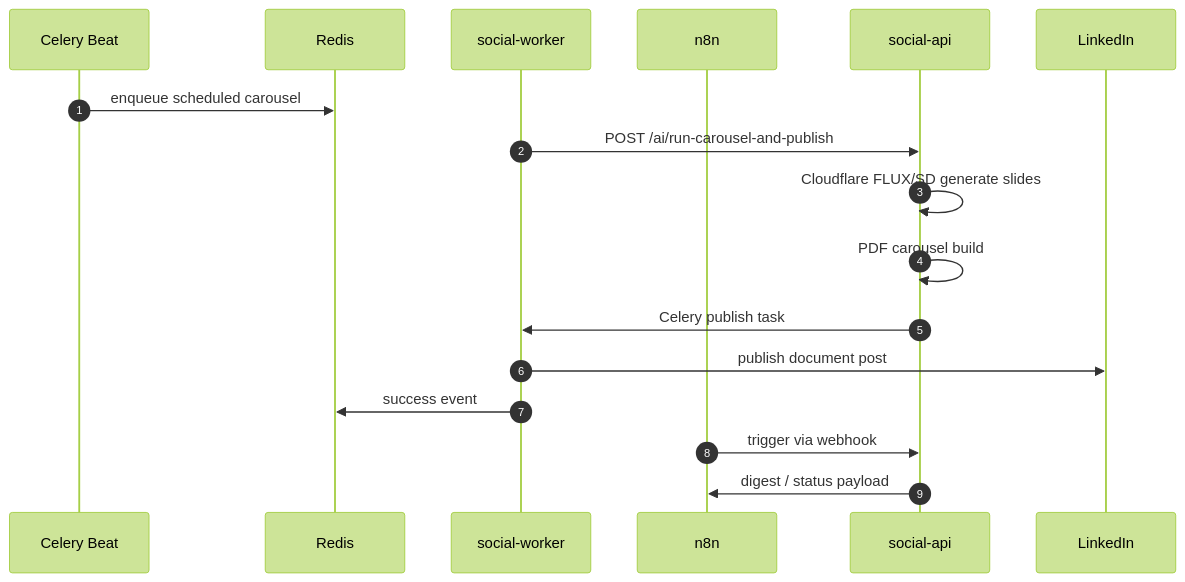
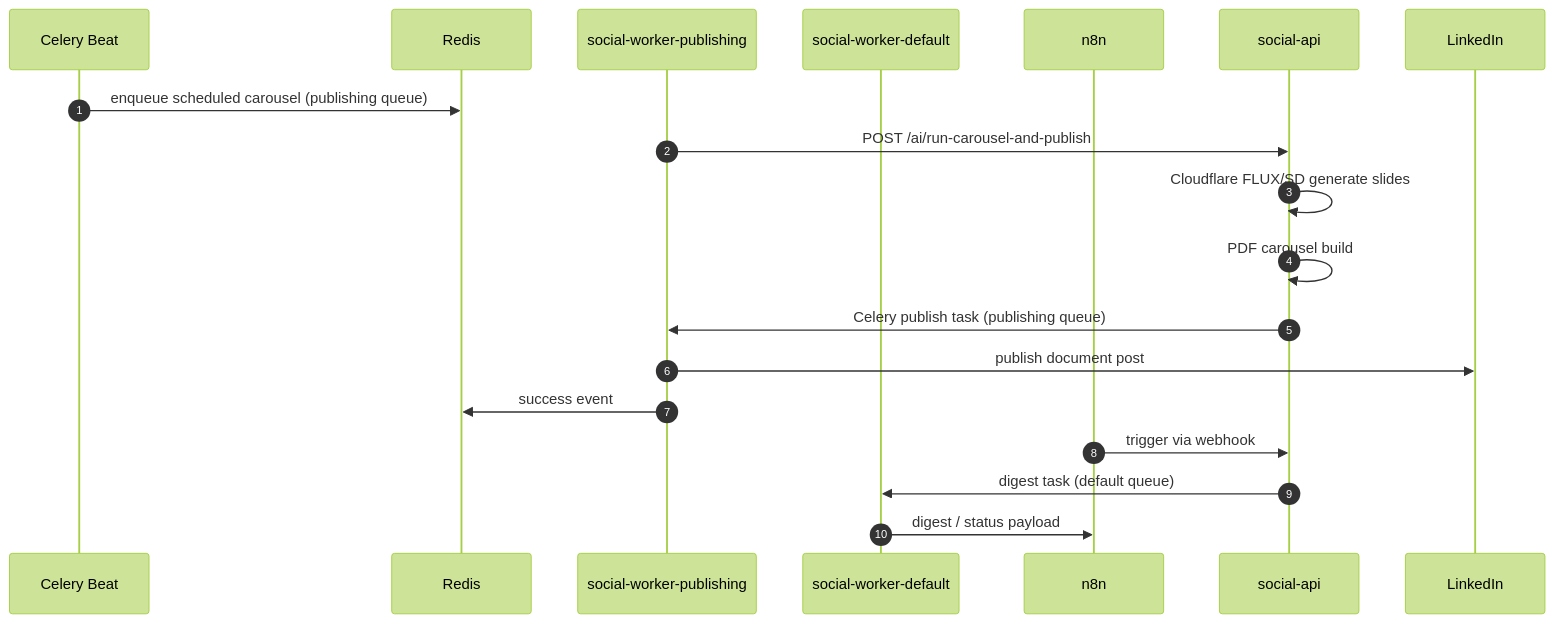
The ninth of 16 diagrams in docs/superpowers/plans/plan-e6a92ed66b9dca4a.md (Themis128/cu130-slim), drawn with Mermaid (forest theme) before and after one commit. The commit also changed other lines of this file and 4 other files, not shown here.

````diff
--- a/docs/superpowers/plans/plan-e6a92ed66b9dca4a.md
+++ b/docs/superpowers/plans/plan-e6a92ed66b9dca4a.md
@@ -382,20 +382,22 @@
 ```mermaid
 sequenceDiagram
     autonumber
     participant Beat as Celery Beat
     participant Redis
-    participant Worker as social-worker
+    participant WPub as social-worker-publishing
+    participant WDefault as social-worker-default
     participant n8n
     participant API as social-api
     participant LI as LinkedIn
 
-    Beat->>Redis: enqueue scheduled carousel
-    Worker->>API: POST /ai/run-carousel-and-publish
+    Beat->>Redis: enqueue scheduled carousel (publishing queue)
+    WPub->>API: POST /ai/run-carousel-and-publish
     API->>API: Cloudflare FLUX/SD generate slides
     API->>API: PDF carousel build
-    API->>Worker: Celery publish task
-    Worker->>LI: publish document post
-    Worker->>Redis: success event
+    API->>WPub: Celery publish task (publishing queue)
+    WPub->>LI: publish document post
+    WPub->>Redis: success event
     n8n->>API: trigger via webhook
-    API->>n8n: digest / status payload
+    API->>WDefault: digest task (default queue)
+    WDefault->>n8n: digest / status payload
 ```
````
